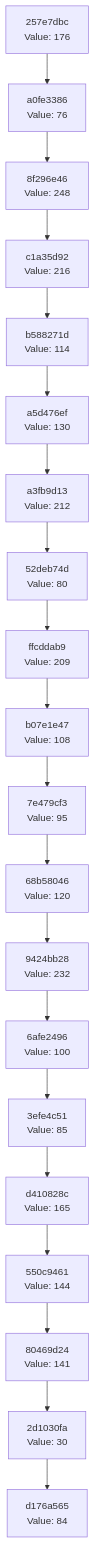
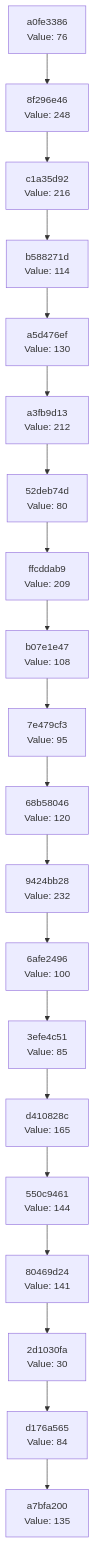
The diagram in docs/CHAIN_VISUALIZATION.md (Abhisheksinha1506/hash-chain-evolver), drawn with Mermaid before and after one commit. The commit also changed 2 other files, not shown here.

Commit message:
Evolution Step

````diff
--- a/docs/CHAIN_VISUALIZATION.md
+++ b/docs/CHAIN_VISUALIZATION.md
@@ -3,42 +3,42 @@
 ```mermaid
 graph TD
-    C0["d176a565<br/>Value: 84"]
-    C1["2d1030fa<br/>Value: 30"]
+    C0["a7bfa200<br/>Value: 135"]
+    C1["d176a565<br/>Value: 84"]
     C1 --> C0
-    C2["80469d24<br/>Value: 141"]
+    C2["2d1030fa<br/>Value: 30"]
     C2 --> C1
-    C3["550c9461<br/>Value: 144"]
+    C3["80469d24<br/>Value: 141"]
     C3 --> C2
-    C4["d410828c<br/>Value: 165"]
+    C4["550c9461<br/>Value: 144"]
     C4 --> C3
-    C5["3efe4c51<br/>Value: 85"]
+    C5["d410828c<br/>Value: 165"]
     C5 --> C4
-    C6["6afe2496<br/>Value: 100"]
+    C6["3efe4c51<br/>Value: 85"]
     C6 --> C5
-    C7["9424bb28<br/>Value: 232"]
+    C7["6afe2496<br/>Value: 100"]
     C7 --> C6
-    C8["68b58046<br/>Value: 120"]
+    C8["9424bb28<br/>Value: 232"]
     C8 --> C7
-    C9["7e479cf3<br/>Value: 95"]
+    C9["68b58046<br/>Value: 120"]
     C9 --> C8
-    C10["b07e1e47<br/>Value: 108"]
+    C10["7e479cf3<br/>Value: 95"]
     C10 --> C9
-    C11["ffcddab9<br/>Value: 209"]
+    C11["b07e1e47<br/>Value: 108"]
     C11 --> C10
-    C12["52deb74d<br/>Value: 80"]
+    C12["ffcddab9<br/>Value: 209"]
     C12 --> C11
-    C13["a3fb9d13<br/>Value: 212"]
+    C13["52deb74d<br/>Value: 80"]
     C13 --> C12
-    C14["a5d476ef<br/>Value: 130"]
+    C14["a3fb9d13<br/>Value: 212"]
     C14 --> C13
-    C15["b588271d<br/>Value: 114"]
+    C15["a5d476ef<br/>Value: 130"]
     C15 --> C14
-    C16["c1a35d92<br/>Value: 216"]
+    C16["b588271d<br/>Value: 114"]
     C16 --> C15
-    C17["8f296e46<br/>Value: 248"]
+    C17["c1a35d92<br/>Value: 216"]
     C17 --> C16
-    C18["a0fe3386<br/>Value: 76"]
+    C18["8f296e46<br/>Value: 248"]
     C18 --> C17
-    C19["257e7dbc<br/>Value: 176"]
+    C19["a0fe3386<br/>Value: 76"]
     C19 --> C18
 ```
````
